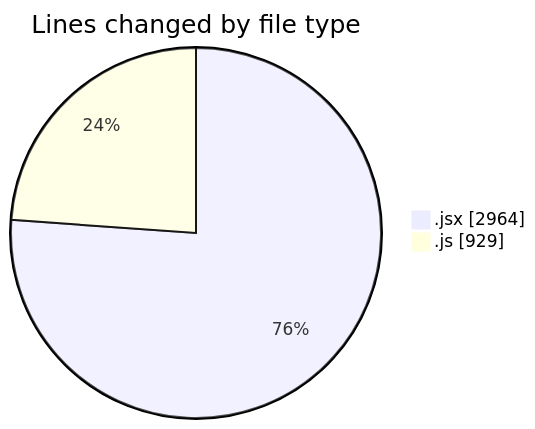
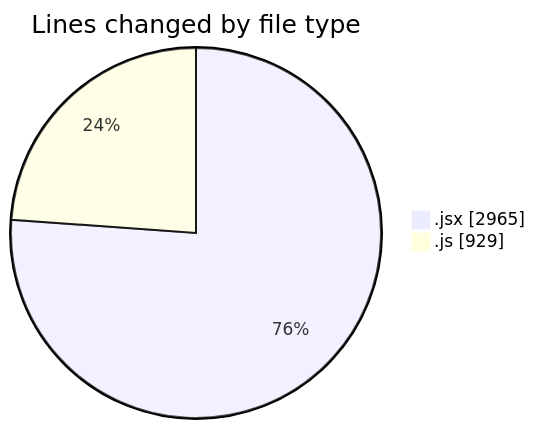
The first of 2 diagrams in 2025-07-19/nxtqube_webapp/README.md (nxtqubesakshisongat/code-tracking), drawn with Mermaid before and after one commit. The commit also changed other lines of this file and 1 other file, not shown here.

````diff
--- a/2025-07-19/nxtqube_webapp/README.md
+++ b/2025-07-19/nxtqube_webapp/README.md
@@ -28,6 +28,6 @@
 ```mermaid
 pie showData
 title Lines changed by file type
-".jsx" : 2964
+".jsx" : 2965
 ".js" : 929
 ```
````
